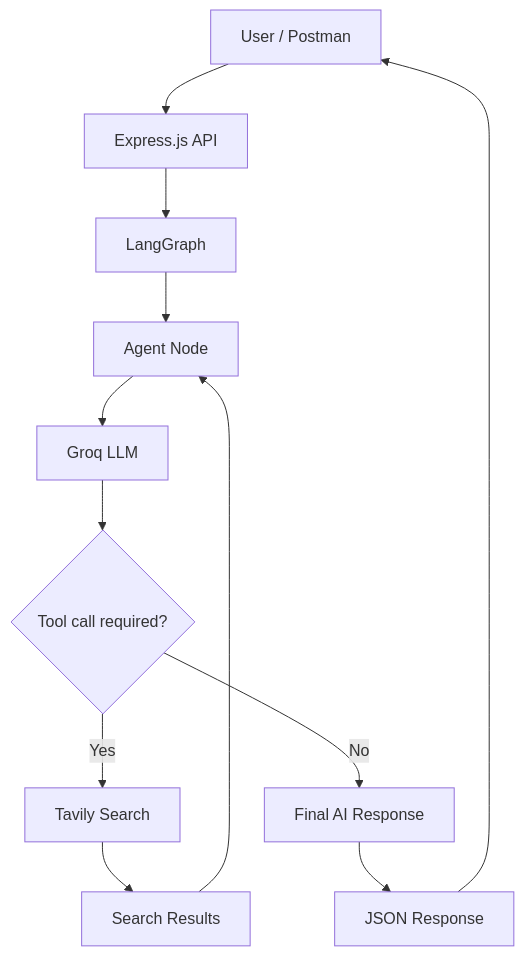
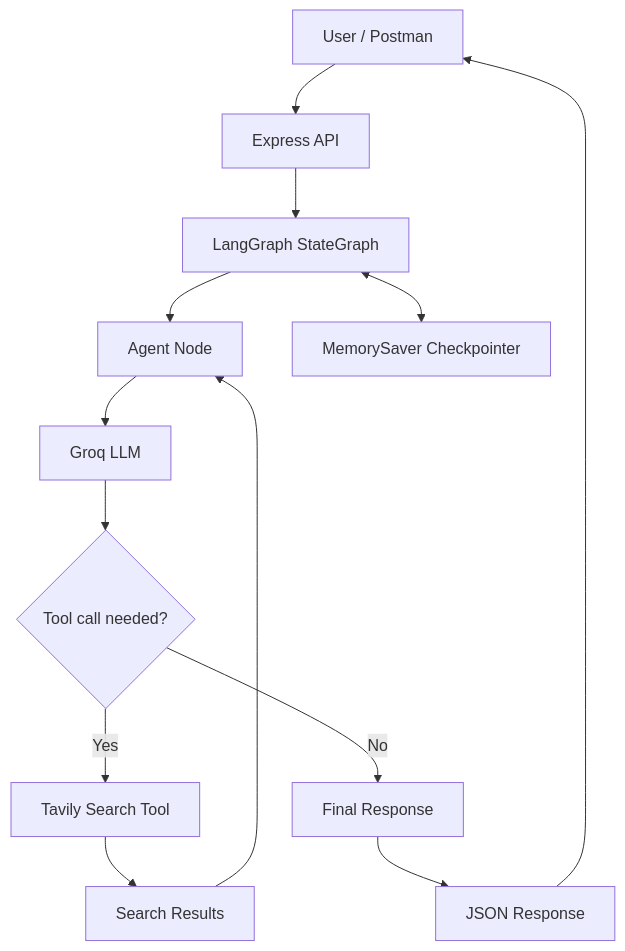
Before and after one commit to PRINCE-TIWARI07/LLM-Langchain-LangGraph-WebSearchTool-: the second of 3 diagrams in README.md, drawn with Mermaid. The commit also changed other lines of this file and 1 other file, not shown here.

Commit message:
Add LangGraph memory and update README

````diff
--- a/README.md
+++ b/README.md
@@ -31,14 +31,15 @@
 ```mermaid
 flowchart TD
-    A["User / Postman"] --> B["Express.js API"]
-    B --> C["LangGraph"]
-    C --> D["Agent Node"]
-    D --> E["Groq LLM"]
-    E --> F{"Tool call required?"}
-    F -->|Yes| G["Tavily Search"]
-    G --> H["Search Results"]
+    A[User / Postman] --> B[Express API]
+    B --> C[LangGraph StateGraph]
+    C --> D[Agent Node]
+    D --> E[Groq LLM]
+    E --> F{Tool call needed?}
+    F -->|Yes| G[Tavily Search Tool]
+    G --> H[Search Results]
     H --> D
-    F -->|No| I["Final AI Response"]
-    I --> J["JSON Response"]
+    F -->|No| I[Final Response]
+    I --> J[JSON Response]
     J --> A
+    C <--> K[MemorySaver Checkpointer]
 ```
````
